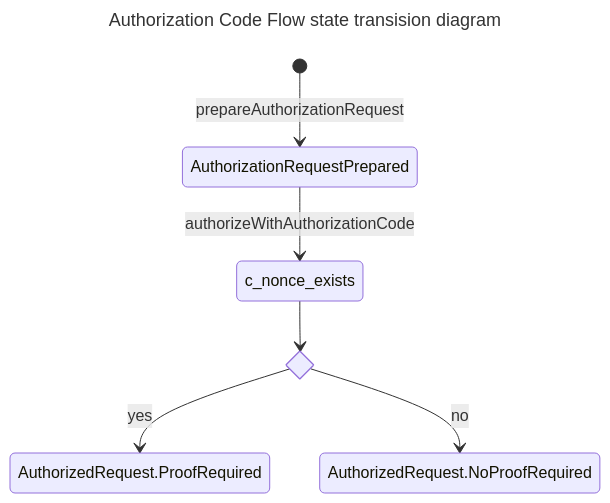
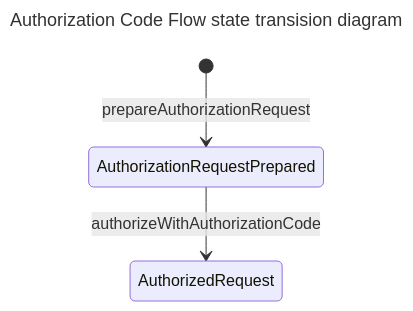
One commit to eu-digital-identity-wallet/eudi-lib-jvm-openid4vci-kt changed the first of 2 diagrams in README.md. Above: the diagram before and after it, drawn with Mermaid. The commit also changed other lines of this file and 41 other files, not shown here.

````diff
--- a/README.md
+++ b/README.md
@@ -196,12 +196,8 @@
-```mermaid 
+```mermaid
 ---
 title: Authorization Code Flow state transision diagram
 ---
 stateDiagram-v2
-    state c_nonce_returned <<choice>>
     [*] --> AuthorizationRequestPrepared: prepareAuthorizationRequest
-    AuthorizationRequestPrepared --> c_nonce_exists: authorizeWithAuthorizationCode
-    c_nonce_exists --> c_nonce_returned
-    c_nonce_returned --> AuthorizedRequest.ProofRequired : yes
-c_nonce_returned --> AuthorizedRequest.NoProofRequired : no
+    AuthorizationRequestPrepared --> AuthorizedRequest: authorizeWithAuthorizationCode
 ```
````
